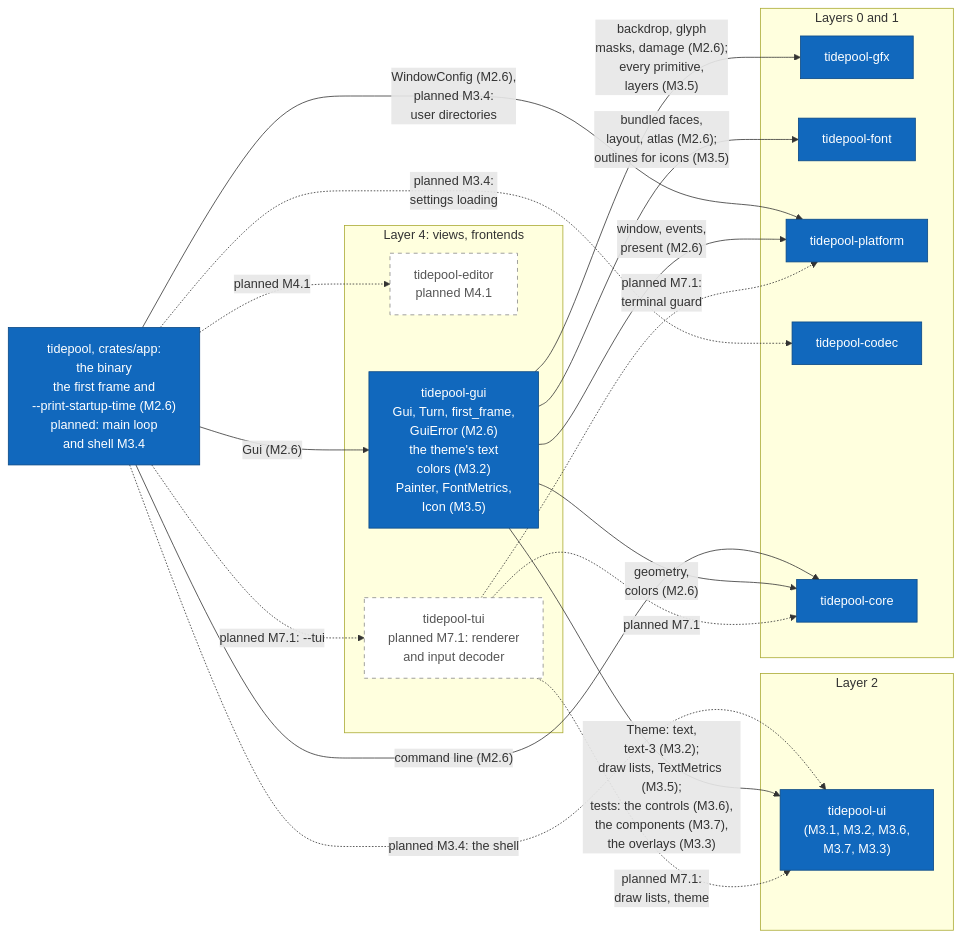
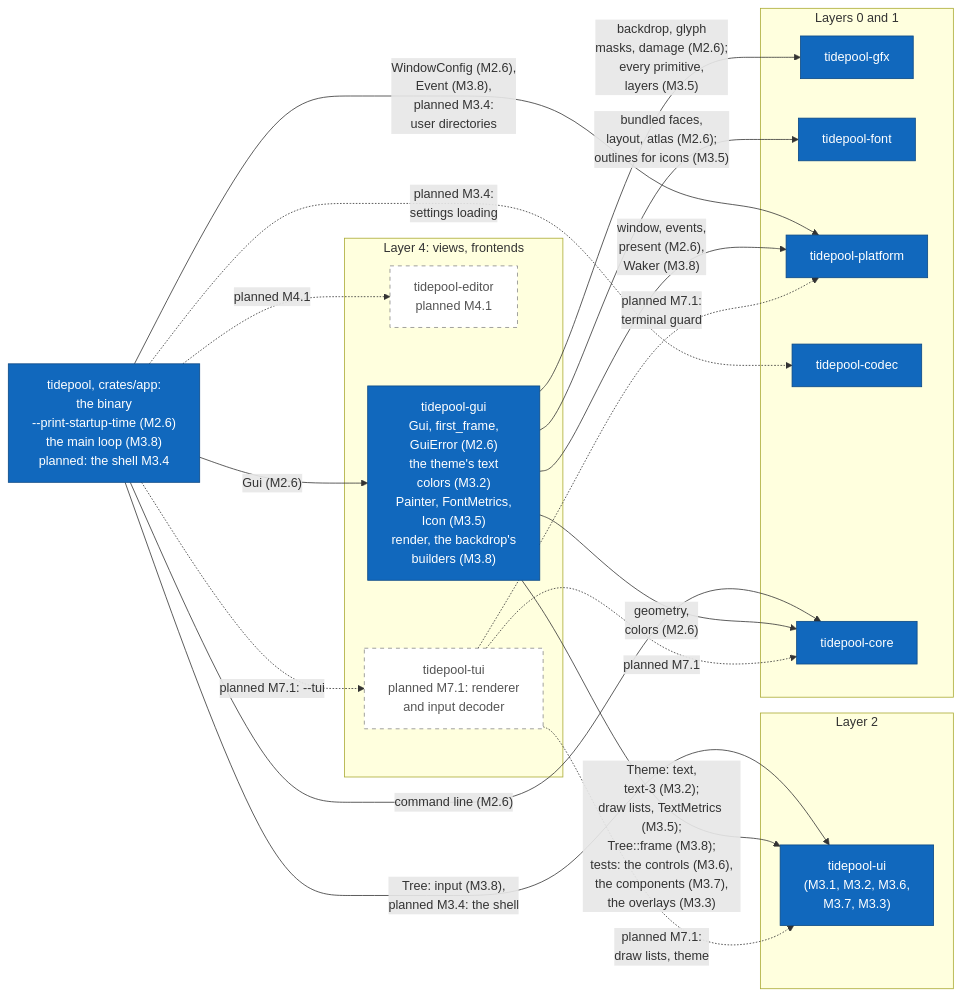
The tenth of 17 diagrams in diagrams/c4-architecture.md (jabbott-iii/Tidepool), drawn with Mermaid before and after one commit. The commit also changed other lines of this file and 27 other files, not shown here.

First line of the commit message:
feat(gui,app)!: the event-driven main loop (M3.8, ADR-0059)

````diff
--- a/diagrams/c4-architecture.md
+++ b/diagrams/c4-architecture.md
@@ -541,40 +544,40 @@
 ```mermaid
 flowchart LR
-    k_app["tidepool, crates/app:<br/>the binary<br/>the first frame and<br/>--print-startup-time (M2.6)<br/>planned: main loop<br/>and shell M3.4"]
+    k_app["tidepool, crates/app:<br/>the binary<br/>--print-startup-time (M2.6)<br/>the main loop (M3.8)<br/>planned: the shell M3.4"]
     subgraph L4["Layer 4: views, frontends"]
         k_editor["tidepool-editor<br/>planned M4.1"]
-        k_gui["tidepool-gui<br/>Gui, Turn, first_frame,<br/>GuiError (M2.6)<br/>the theme's text<br/>colors (M3.2)<br/>Painter, FontMetrics,<br/>Icon (M3.5)"]
+        k_gui["tidepool-gui<br/>Gui, first_frame,<br/>GuiError (M2.6)<br/>the theme's text<br/>colors (M3.2)<br/>Painter, FontMetrics,<br/>Icon (M3.5)<br/>render, the backdrop's<br/>builders (M3.8)"]
         k_tui["tidepool-tui<br/>planned M7.1: renderer<br/>and input decoder"]
     end
     subgraph L2["Layer 2"]
         k_ui["tidepool-ui<br/>(M3.1, M3.2, M3.6,<br/>M3.7, M3.3)"]
     end
     subgraph L01["Layers 0 and 1"]
         k_gfx["tidepool-gfx"]
         k_font["tidepool-font"]
         k_platform["tidepool-platform"]
         k_codec["tidepool-codec"]
         k_core["tidepool-core"]
     end
 
     k_app -->|"Gui (M2.6)"| k_gui
     k_app -.->|"planned M7.1: --tui"| k_tui
     k_app -.->|"planned M4.1"| k_editor
-    k_app -.->|"planned M3.4: the shell"| k_ui
+    k_app -->|"Tree: input (M3.8),<br/>planned M3.4: the shell"| k_ui
     k_app -.->|"planned M3.4:<br/>settings loading"| k_codec
-    k_app -->|"WindowConfig (M2.6),<br/>planned M3.4:<br/>user directories"| k_platform
+    k_app -->|"WindowConfig (M2.6),<br/>Event (M3.8),<br/>planned M3.4:<br/>user directories"| k_platform
     k_app -->|"command line (M2.6)"| k_core
     k_gui -->|"geometry,<br/>colors (M2.6)"| k_core
-    k_gui -->|"window, events,<br/>present (M2.6)"| k_platform
+    k_gui -->|"window, events,<br/>present (M2.6),<br/>Waker (M3.8)"| k_platform
     k_gui -->|"backdrop, glyph<br/>masks, damage (M2.6);<br/>every primitive,<br/>layers (M3.5)"| k_gfx
     k_gui -->|"bundled faces,<br/>layout, atlas (M2.6);<br/>outlines for icons (M3.5)"| k_font
-    k_gui -->|"Theme: text,<br/>text-3 (M3.2);<br/>draw lists, TextMetrics (M3.5);<br/>tests: the controls (M3.6),<br/>the components (M3.7),<br/>the overlays (M3.3)"| k_ui
+    k_gui -->|"Theme: text,<br/>text-3 (M3.2);<br/>draw lists, TextMetrics (M3.5);<br/>Tree::frame (M3.8);<br/>tests: the controls (M3.6),<br/>the components (M3.7),<br/>the overlays (M3.3)"| k_ui
     k_tui -.->|"planned M7.1"| k_core
     k_tui -.->|"planned M7.1:<br/>terminal guard"| k_platform
     k_tui -.->|"planned M7.1:<br/>draw lists, theme"| k_ui
 
     classDef built fill:#1168bd,stroke:#0b4884,color:#ffffff
     classDef planned fill:#ffffff,stroke:#888888,stroke-dasharray: 5 5,color:#555555
     class k_app,k_gui,k_platform,k_codec,k_gfx,k_font,k_core,k_ui built
     class k_editor,k_tui planned
 ```
````
